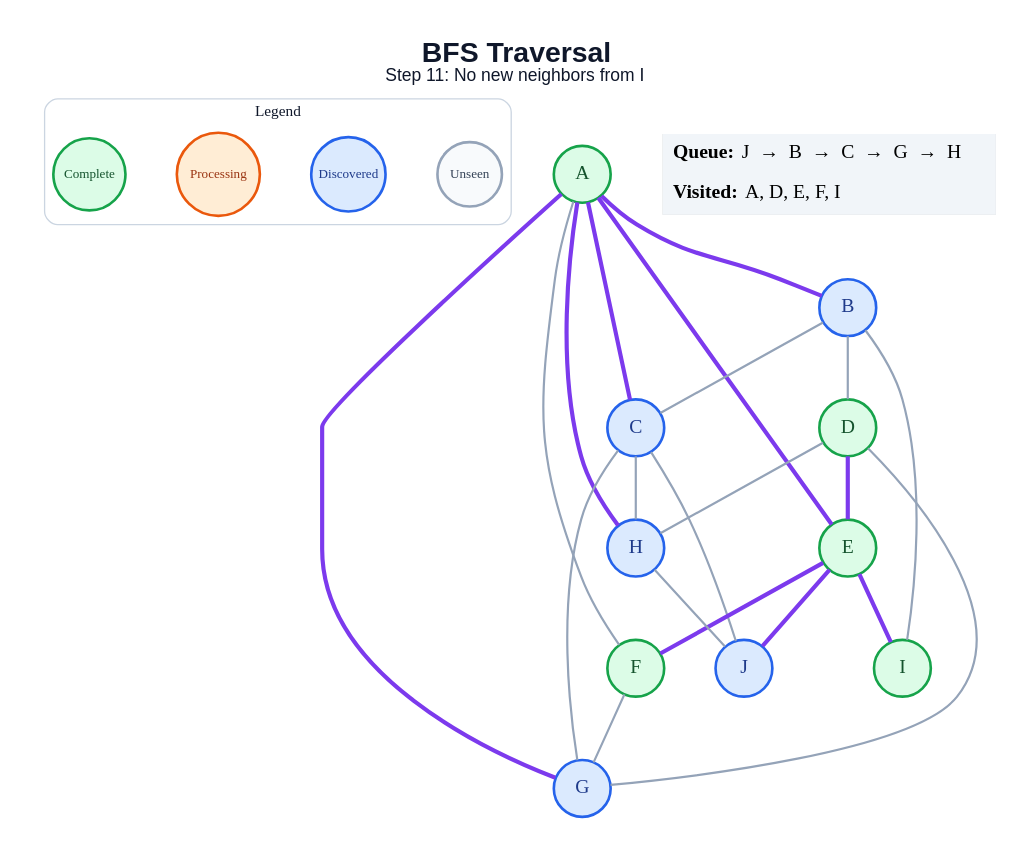
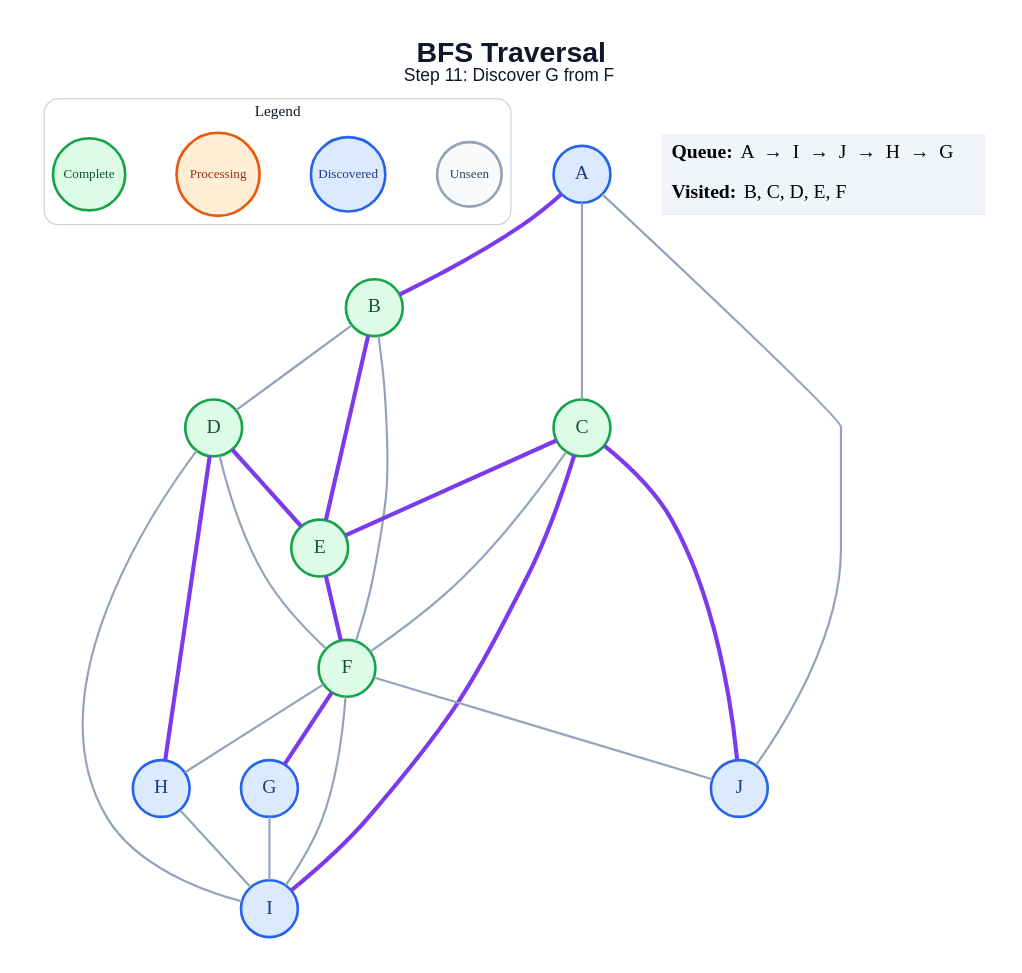
Before and after one commit to amanghodawala9/ai-slop: the diagram in generated/specific-node/bfs/step_11.dot, drawn with Graphviz. The commit also changed 178 other files, not shown here.

```diff
--- a/generated/specific-node/bfs/step_11.dot
+++ b/generated/specific-node/bfs/step_11.dot
@@ -1,49 +1,50 @@
 graph traversal {
   graph [layout=dot, rankdir=TB, bgcolor="#FFFFFF", pad="0.35", nodesep="0.65", ranksep="0.8", fontname="Arial"];
   node [shape=circle, style="filled", fontname="Arial Bold", fontsize=18, width=0.72, fixedsize=true, penwidth=2.4];
   edge [color="#94A3B8", penwidth=2.0];
-  label=<<B>BFS Traversal</B><BR/><FONT POINT-SIZE="16">Step 11: No new neighbors from I</FONT>>; labelloc="t"; fontsize=26; fontname="Arial"; fontcolor="#0F172A";
+  label=<<B>BFS Traversal</B><BR/><FONT POINT-SIZE="16">Step 11: Discover G from F</FONT>>; labelloc="t"; fontsize=26; fontname="Arial"; fontcolor="#0F172A";
   subgraph cluster_legend { label="Legend"; color="#CBD5E1"; penwidth=1.2; style="rounded"; fontsize=14; fontname="Arial Bold";
     key_unseen [label="Unseen", fillcolor="#F8FAFC", color="#94A3B8", fontcolor="#334155", fontsize=12, width=0.82];
     key_frontier [label="Discovered", fillcolor="#DBEAFE", color="#2563EB", fontcolor="#1E3A8A", fontsize=12, width=0.95];
     key_current [label="Processing", fillcolor="#FFEDD5", color="#EA580C", fontcolor="#9A3412", fontsize=12, width=1.05];
     key_done [label="Complete", fillcolor="#DCFCE7", color="#16A34A", fontcolor="#14532D", fontsize=12, width=0.92];
     { rank=same; key_unseen; key_frontier; key_current; key_done; }
   }
-  A [fillcolor="#DCFCE7", color="#16A34A", fontcolor="#14532D"];
-  B [fillcolor="#DBEAFE", color="#2563EB", fontcolor="#1E3A8A"];
-  C [fillcolor="#DBEAFE", color="#2563EB", fontcolor="#1E3A8A"];
+  A [fillcolor="#DBEAFE", color="#2563EB", fontcolor="#1E3A8A"];
+  B [fillcolor="#DCFCE7", color="#16A34A", fontcolor="#14532D"];
+  C [fillcolor="#DCFCE7", color="#16A34A", fontcolor="#14532D"];
   D [fillcolor="#DCFCE7", color="#16A34A", fontcolor="#14532D"];
   E [fillcolor="#DCFCE7", color="#16A34A", fontcolor="#14532D"];
   F [fillcolor="#DCFCE7", color="#16A34A", fontcolor="#14532D"];
   G [fillcolor="#DBEAFE", color="#2563EB", fontcolor="#1E3A8A"];
   H [fillcolor="#DBEAFE", color="#2563EB", fontcolor="#1E3A8A"];
-  I [fillcolor="#DCFCE7", color="#16A34A", fontcolor="#14532D"];
+  I [fillcolor="#DBEAFE", color="#2563EB", fontcolor="#1E3A8A"];
   J [fillcolor="#DBEAFE", color="#2563EB", fontcolor="#1E3A8A"];
   A -- B [color="#7C3AED", penwidth=3.8];
-  A -- C [color="#7C3AED", penwidth=3.8];
-  A -- E [color="#7C3AED", penwidth=3.8];
-  A -- F;
-  A -- G [color="#7C3AED", penwidth=3.8];
-  A -- H [color="#7C3AED", penwidth=3.8];
-  B -- C;
+  A -- C;
+  A -- J;
   B -- D;
-  B -- I;
-  C -- G;
-  C -- H;
-  C -- J;
+  B -- E [color="#7C3AED", penwidth=3.8];
+  B -- F;
+  C -- E [color="#7C3AED", penwidth=3.8];
+  C -- F;
+  C -- I [color="#7C3AED", penwidth=3.8];
+  C -- J [color="#7C3AED", penwidth=3.8];
   D -- E [color="#7C3AED", penwidth=3.8];
-  D -- G;
-  D -- H;
+  D -- F;
+  D -- H [color="#7C3AED", penwidth=3.8];
+  D -- I;
   E -- F [color="#7C3AED", penwidth=3.8];
-  E -- I [color="#7C3AED", penwidth=3.8];
-  E -- J [color="#7C3AED", penwidth=3.8];
-  F -- G;
-  H -- J;
+  F -- G [color="#7C3AED", penwidth=3.8];
+  F -- H;
+  F -- I;
+  F -- J;
+  G -- I;
+  H -- I;
   status [shape=plain, fixedsize=false, width=0, height=0, margin=0, label=<
     <TABLE BORDER="0" CELLBORDER="0" CELLPADDING="7" BGCOLOR="#F1F5F9">
-      <TR><TD ALIGN="LEFT"><B>Queue:</B> J  →  B  →  C  →  G  →  H</TD></TR>
-      <TR><TD ALIGN="LEFT"><B>Visited:</B> A, D, E, F, I</TD></TR>
+      <TR><TD ALIGN="LEFT"><B>Queue:</B> A  →  I  →  J  →  H  →  G</TD></TR>
+      <TR><TD ALIGN="LEFT"><B>Visited:</B> B, C, D, E, F</TD></TR>
     </TABLE>
   >];
 }
```
